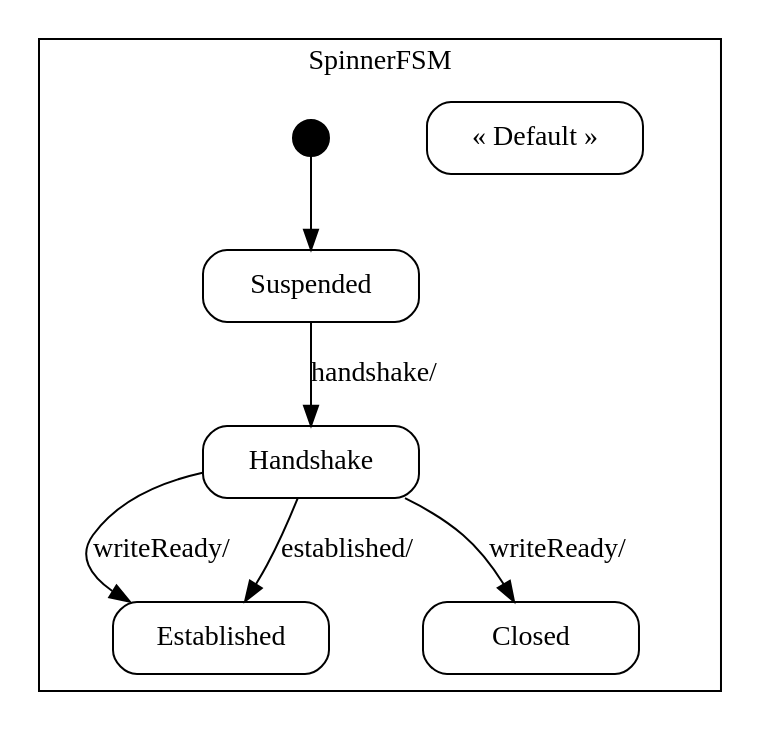
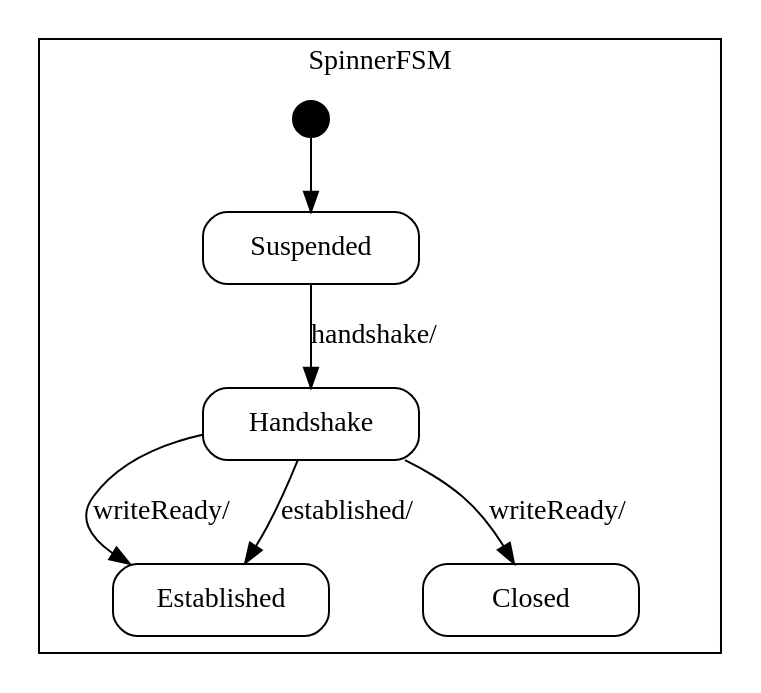
One commit to vmehra-sfdc/Ouroboros changed the diagram in producer/doc/Spinner_sm.dot. Above: the diagram before and after it, drawn with Graphviz. The commit also changed 37 other files, not shown here.

```diff
--- a/producer/doc/Spinner_sm.dot
+++ b/producer/doc/Spinner_sm.dot
@@ -1,51 +1,48 @@
-digraph Spinner_sm {
+digraph Spinner {
 
     node
         [shape=Mrecord width=1.5];
 
     subgraph cluster_SpinnerFSM {
 
         label="SpinnerFSM";
 
         //
         // States (Nodes)
         //
 
         "SpinnerFSM::Suspended"
             [label="{Suspended}"];
 
         "SpinnerFSM::Established"
             [label="{Established}"];
 
         "SpinnerFSM::Handshake"
             [label="{Handshake}"];
 
         "SpinnerFSM::Closed"
             [label="{Closed}"];
 
-        "SpinnerFSM::DefaultState"
-            [label="{&laquo; Default &raquo;}"];
-
         "%start"
             [label="" shape=circle style=filled fillcolor=black width=0.25];
 
         //
         // Transitions (Edges)
         //
 
         "SpinnerFSM::Suspended" -> "SpinnerFSM::Handshake"
             [label="handshake/\l"];
 
         "SpinnerFSM::Handshake" -> "SpinnerFSM::Closed"
             [label="writeReady/\l"];
 
         "SpinnerFSM::Handshake" -> "SpinnerFSM::Established"
             [label="writeReady/\l"];
 
         "SpinnerFSM::Handshake" -> "SpinnerFSM::Established"
             [label="established/\l"];
 
         "%start" -> "SpinnerFSM::Suspended"
     }
 
 }
```
